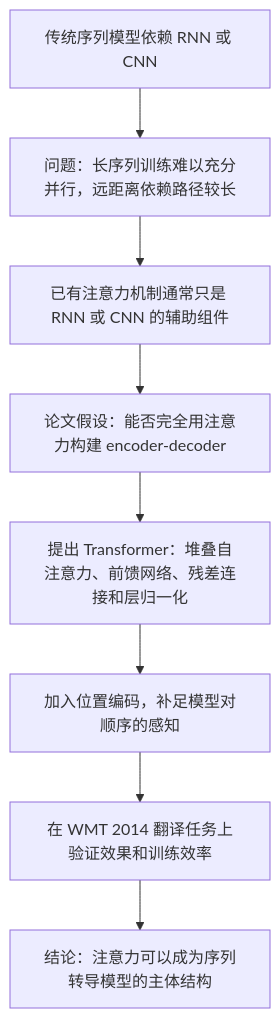
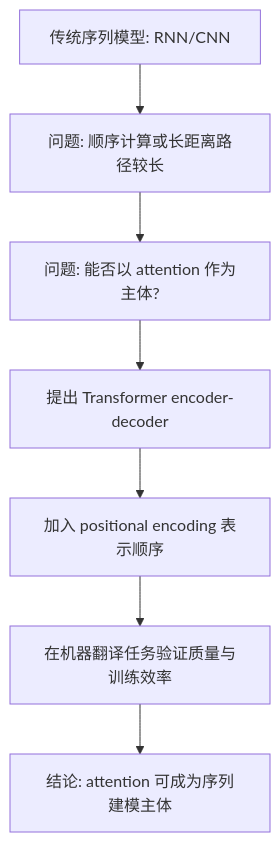
The first of 2 diagrams in papers/attention_is_all_you_need/attention_is_all_you_need.md (Faione/notebook), drawn with Mermaid before and after one commit. The commit also changed other lines of this file and 6 other files, not shown here.

````diff
--- a/papers/attention_is_all_you_need/attention_is_all_you_need.md
+++ b/papers/attention_is_all_you_need/attention_is_all_you_need.md
@@ -64,10 +27,9 @@
 ```mermaid
 flowchart TD
-    A["传统序列模型依赖 RNN 或 CNN"] --> B["问题：长序列训练难以充分并行，远距离依赖路径较长"]
-    B --> C["已有注意力机制通常只是 RNN 或 CNN 的辅助组件"]
-    C --> D["论文假设：能否完全用注意力构建 encoder-decoder"]
-    D --> E["提出 Transformer：堆叠自注意力、前馈网络、残差连接和层归一化"]
-    E --> F["加入位置编码，补足模型对顺序的感知"]
-    F --> G["在 WMT 2014 翻译任务上验证效果和训练效率"]
-    G --> H["结论：注意力可以成为序列转导模型的主体结构"]
+    A["传统序列模型: RNN/CNN"] --> B["问题: 顺序计算或长距离路径较长"]
+    B --> C["问题: 能否以 attention 作为主体?"]
+    C --> D["提出 Transformer encoder-decoder"]
+    D --> E["加入 positional encoding 表示顺序"]
+    E --> F["在机器翻译任务验证质量与训练效率"]
+    F --> G["结论: attention 可成为序列建模主体"]
 ```
````
